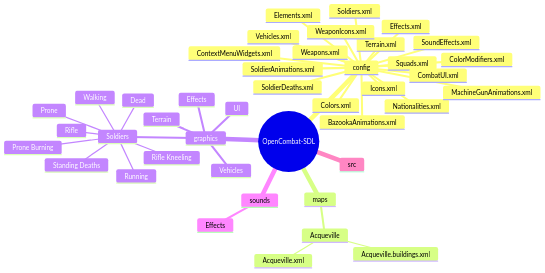
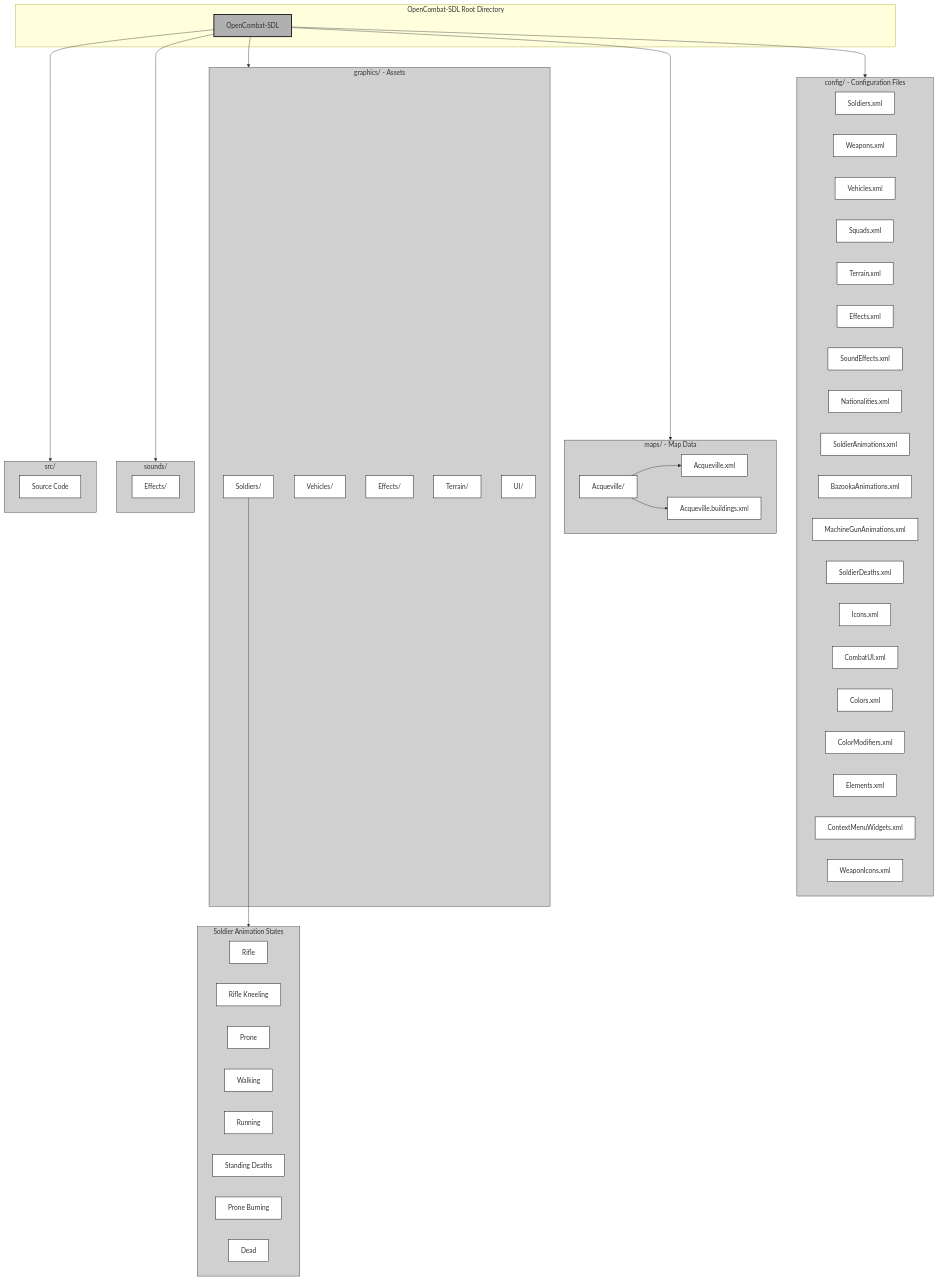
The first of 9 diagrams in appendix_c_file_formats.md (jukofyork/close-combat-architecture-study), drawn with Mermaid before and after one commit. The commit also changed other lines of this file and 15 other files, not shown here.

````diff
--- a/appendix_c_file_formats.md
+++ b/appendix_c_file_formats.md
@@ -47,45 +47,80 @@
 ```mermaid
-mindmap
-  root((OpenCombat-SDL))
-    config
-      Soldiers.xml
-      Weapons.xml
-      Vehicles.xml
-      Squads.xml
-      Terrain.xml
-      Effects.xml
-      SoundEffects.xml
-      Nationalities.xml
-      SoldierAnimations.xml
-      BazookaAnimations.xml
-      MachineGunAnimations.xml
-      SoldierDeaths.xml
-      Icons.xml
-      CombatUI.xml
-      Colors.xml
-      ColorModifiers.xml
-      Elements.xml
-      ContextMenuWidgets.xml
-      WeaponIcons.xml
-    maps
-      Acqueville
-        Acqueville.xml
-        Acqueville.buildings.xml
-    graphics
-      Soldiers
-        Rifle
-        Rifle Kneeling
-        Prone
-        Walking
-        Running
-        Standing Deaths
-        Prone Burning
-        Dead
-      Vehicles
-      Effects
-      Terrain
-      UI
-    sounds
-      Effects
-    src
+flowchart TD
+    subgraph ROOT["OpenCombat-SDL Root Directory"]
+        root["OpenCombat-SDL"]
+    end
+
+    subgraph CONFIG["config/ - Configuration Files"]
+        config_soldiers["Soldiers.xml"]
+        config_weapons["Weapons.xml"]
+        config_vehicles["Vehicles.xml"]
+        config_squads["Squads.xml"]
+        config_terrain["Terrain.xml"]
+        config_effects["Effects.xml"]
+        config_sound["SoundEffects.xml"]
+        config_natl["Nationalities.xml"]
+        config_soldier_anim["SoldierAnimations.xml"]
+        config_bazooka["BazookaAnimations.xml"]
+        config_mg["MachineGunAnimations.xml"]
+        config_deaths["SoldierDeaths.xml"]
+        config_icons["Icons.xml"]
+        config_ui["CombatUI.xml"]
+        config_colors["Colors.xml"]
+        config_mods["ColorModifiers.xml"]
+        config_elems["Elements.xml"]
+        config_menu["ContextMenuWidgets.xml"]
+        config_wicons["WeaponIcons.xml"]
+    end
+
+    subgraph MAPS["maps/ - Map Data"]
+        acqueville["Acqueville/"]
+        acq_map["Acqueville.xml"]
+        acq_buildings["Acqueville.buildings.xml"]
+    end
+
+    subgraph GRAPHICS["graphics/ - Assets"]
+        gfx_soldiers["Soldiers/"]
+        gfx_vehicles["Vehicles/"]
+        gfx_effects["Effects/"]
+        gfx_terrain["Terrain/"]
+        gfx_ui["UI/"]
+    end
+
+    subgraph SOLDIERS["Soldier Animation States"]
+        anim_rifle["Rifle"]
+        anim_kneel["Rifle Kneeling"]
+        anim_prone["Prone"]
+        anim_walk["Walking"]
+        anim_run["Running"]
+        anim_death_stand["Standing Deaths"]
+        anim_prone_burn["Prone Burning"]
+        anim_dead["Dead"]
+    end
+
+    subgraph SOUNDS["sounds/"]
+        snd_effects["Effects/"]
+    end
+
+    subgraph SRC["src/"]
+        src_code["Source Code"]
+    end
+
+    root --> CONFIG
+    root --> MAPS
+    root --> GRAPHICS
+    root --> SOUNDS
+    root --> SRC
+
+    acqueville --> acq_map
+    acqueville --> acq_buildings
+
+    gfx_soldiers --> SOLDIERS
+
+    classDef default fill:#fff,stroke:#000,stroke-width:1px
+    classDef light fill:#f0f0f0,stroke:#333,stroke-width:1px
+    classDef medium fill:#d0d0d0,stroke:#333,stroke-width:1px
+    classDef dark fill:#b0b0b0,stroke:#000,stroke-width:2px
+
+    class root dark
+    class CONFIG,MAPS,GRAPHICS,SOUNDS,SRC,SOLDIERS medium
 ```
````
